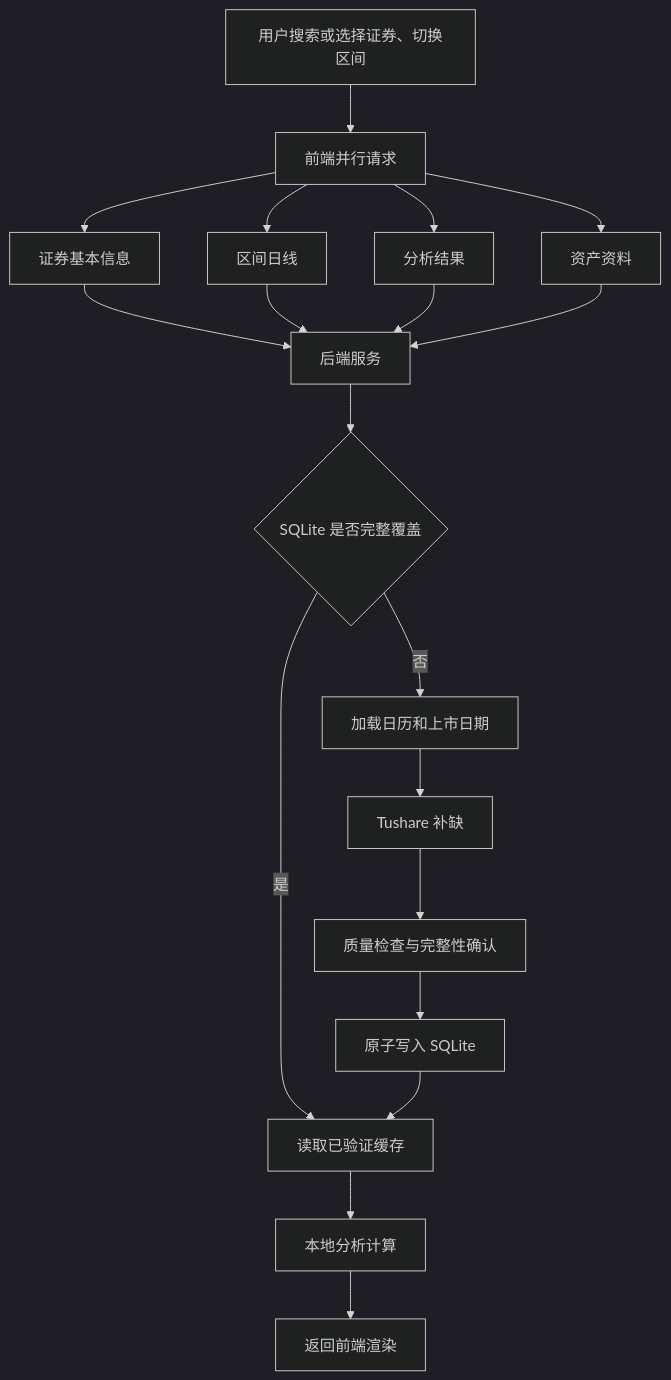
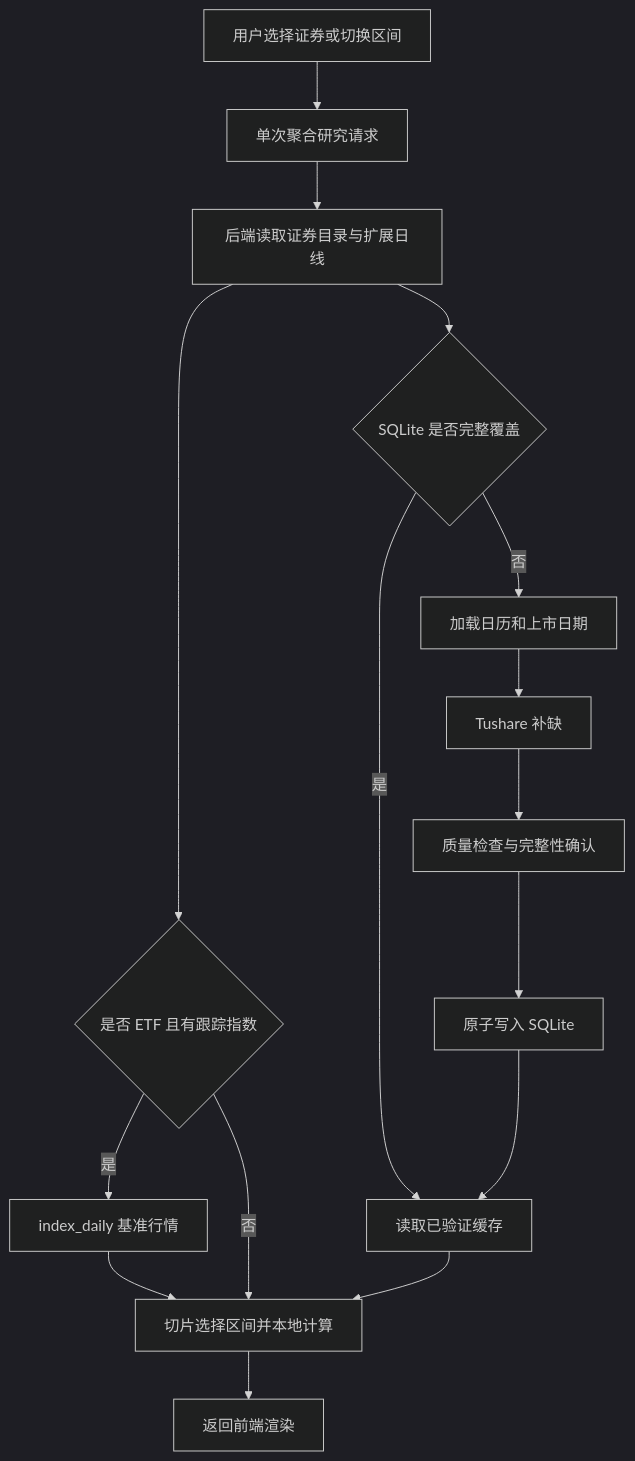
Before and after one commit to Jenoqin/ashockdemo: the diagram in docs/data-strategy-and-flow.md, drawn with Mermaid (dark theme). The commit also changed other lines of this file and 19 other files, not shown here.

````diff
--- a/docs/data-strategy-and-flow.md
+++ b/docs/data-strategy-and-flow.md
@@ -238,21 +246,18 @@
 ```mermaid
 flowchart TD
-    A[用户搜索或选择证券、切换区间] --> B[前端并行请求]
-    B --> C1[证券基本信息]
-    B --> C2[区间日线]
-    B --> C3[分析结果]
-    B --> C4[资产资料]
-    C1 --> D[后端服务]
-    C2 --> D
-    C3 --> D
-    C4 --> D
+    A[用户选择证券或切换区间] --> B[单次聚合研究请求]
+    B --> D[后端读取证券目录与扩展日线]
     D --> E{SQLite 是否完整覆盖}
     E -->|是| F[读取已验证缓存]
     E -->|否| G[加载日历和上市日期]
     G --> H[Tushare 补缺]
     H --> I[质量检查与完整性确认]
     I --> J[原子写入 SQLite]
     J --> F
-    F --> K[本地分析计算]
+    D --> M{是否 ETF 且有跟踪指数}
+    M -->|是| N[index_daily 基准行情]
+    N --> K[切片选择区间并本地计算]
+    M -->|否| K
+    F --> K
     K --> L[返回前端渲染]
 ```
````
